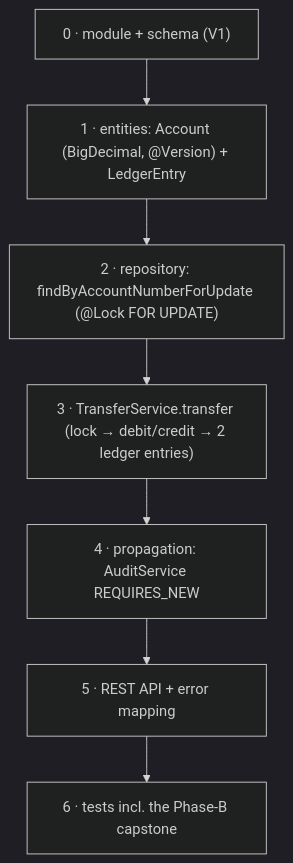
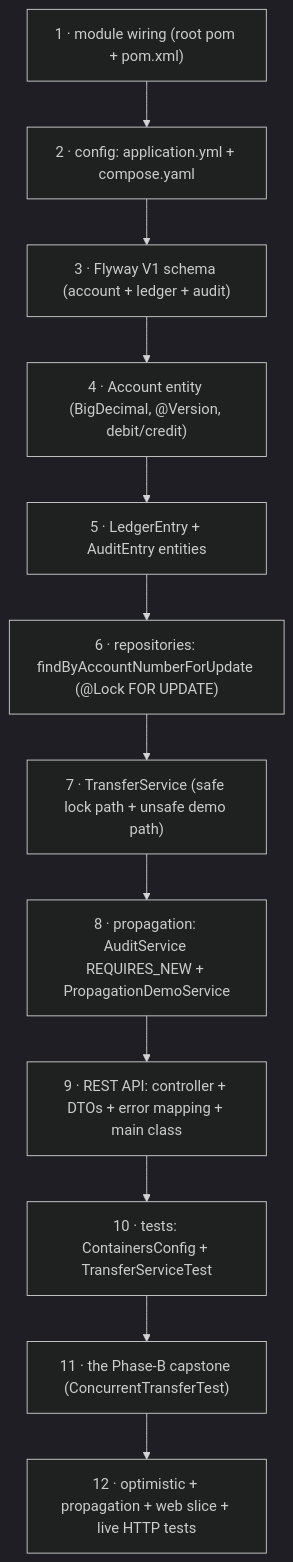
Before and after one commit to ramishtaha/build-a-bank: the third of 4 diagrams in steps/step-12/lesson.md, drawn with Mermaid (dark theme). The commit also changed other lines of this file and 3 other files, not shown here.

````diff
--- a/steps/step-12/lesson.md
+++ b/steps/step-12/lesson.md
@@ -233,9 +237,14 @@
 ```mermaid
 flowchart TB
-    m["0 · module + schema (V1)"] --> e["1 · entities: Account (BigDecimal, @Version) + LedgerEntry"]
-    e --> r["2 · repository: findByAccountNumberForUpdate (@Lock FOR UPDATE)"]
-    r --> s["3 · TransferService.transfer (lock → debit/credit → 2 ledger entries)"]
-    s --> p["4 · propagation: AuditService REQUIRES_NEW"]
-    p --> w["5 · REST API + error mapping"]
-    w --> t["6 · tests incl. the Phase-B capstone"]
+    m0["1 · module wiring (root pom + pom.xml)"] --> m1["2 · config: application.yml + compose.yaml"]
+    m1 --> m2["3 · Flyway V1 schema (account + ledger + audit)"]
+    m2 --> m3["4 · Account entity (BigDecimal, @Version, debit/credit)"]
+    m3 --> m4["5 · LedgerEntry + AuditEntry entities"]
+    m4 --> m5["6 · repositories: findByAccountNumberForUpdate (@Lock FOR UPDATE)"]
+    m5 --> m6["7 · TransferService (safe lock path + unsafe demo path)"]
+    m6 --> m7["8 · propagation: AuditService REQUIRES_NEW + PropagationDemoService"]
+    m7 --> m8["9 · REST API: controller + DTOs + error mapping + main class"]
+    m8 --> m9["10 · tests: ContainersConfig + TransferServiceTest"]
+    m9 --> m10["11 · the Phase-B capstone (ConcurrentTransferTest)"]
+    m10 --> m11["12 · optimistic + propagation + web slice + live HTTP tests"]
 ```
````
